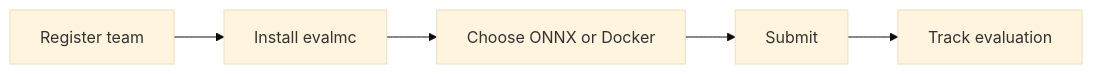
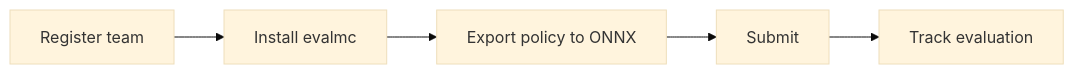
The first of 2 diagrams in README.md (MyoHub/mc26eval), drawn with Mermaid (base theme) before and after one commit. The commit also changed other lines of this file and 7 other files, not shown here.

````diff
--- a/README.md
+++ b/README.md
@@ -21,7 +21,7 @@
 ```mermaid
 flowchart LR
   A[Register team] --> B[Install evalmc]
-  B --> C[Choose ONNX or Docker]
+  B --> C[Export policy to ONNX]
   C --> D[Submit]
   D --> E[Track evaluation]
 ```
````
